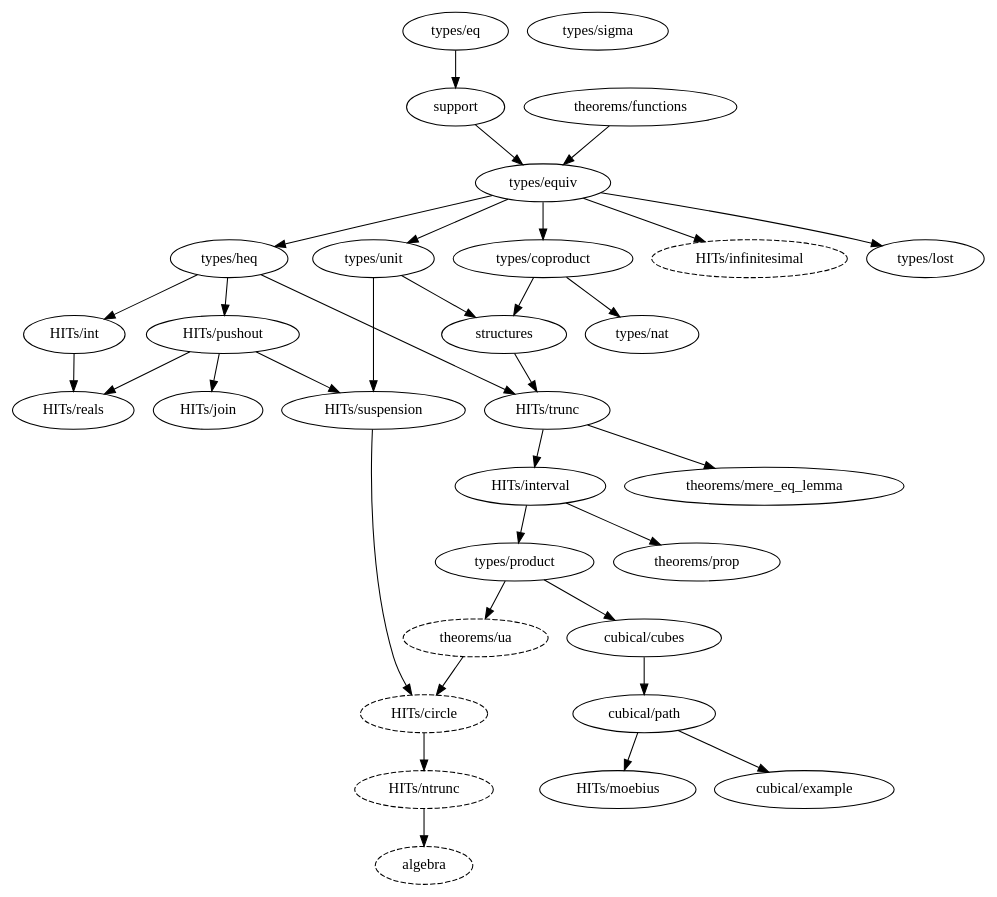
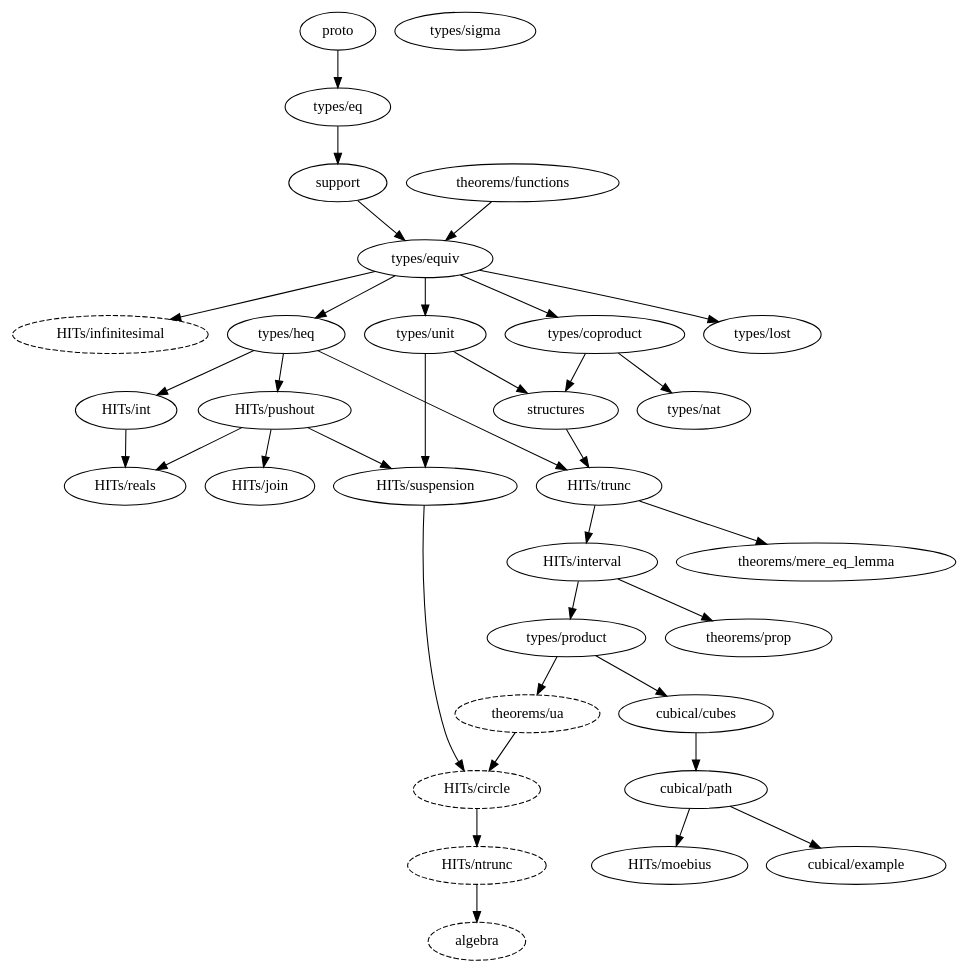
One commit to forked-from-1kasper/ground_zero changed the diagram in dependency_map.gv. Above: the diagram before and after it, drawn with Graphviz. The commit also changed 6 other files, not shown here.

```diff
--- a/dependency_map.gv
+++ b/dependency_map.gv
@@ -1,66 +1,68 @@
 digraph dependency_map {
+  proto -> "types/eq"
+
   algebra [style=dashed]
   "HITs/ntrunc" -> algebra
 
   "HITs/circle" [style=dashed]
   "HITs/suspension" -> "HITs/circle"
   "theorems/ua" -> "HITs/circle"
 
   "HITs/infinitesimal" [style=dashed]
   "types/equiv" -> "HITs/infinitesimal"
 
   "types/equiv" -> "types/coproduct"
 
   "types/product" -> "cubical/cubes"
   "cubical/cubes" -> "cubical/path"
   "cubical/path" -> "cubical/example"
 
   "types/equiv" -> "types/heq"
 
   support -> "types/equiv"
   "theorems/functions" -> "types/equiv"
 
   "types/heq" -> "HITs/int"
 
   "HITs/trunc" -> "HITs/interval"
 
   "HITs/pushout" -> "HITs/join"
 
   "cubical/path" -> "HITs/moebius"
 
   "HITs/trunc" -> "theorems/mere_eq_lemma"
 
   "HITs/ntrunc" [style=dashed]
   "HITs/circle" -> "HITs/ntrunc"
 
   "HITs/interval" -> "types/product"
 
   "HITs/interval" -> "theorems/prop"
 
   "types/heq" -> "HITs/pushout"
 
   "HITs/pushout" -> "HITs/reals"
   "HITs/int" -> "HITs/reals"
 
   "types/unit" -> structures
   "types/coproduct" -> structures
 
   "types/eq" -> support
 
   "HITs/pushout" -> "HITs/suspension"
   "types/unit" -> "HITs/suspension"
 
   structures -> "HITs/trunc"
   "types/heq" -> "HITs/trunc"
 
   "theorems/ua" [style=dashed]
   "types/product" -> "theorems/ua"
 
   "types/equiv" -> "types/unit"
 
   "types/coproduct" -> "types/nat"
 
   "types/equiv" -> "types/lost"
 
   "types/sigma"
 }
```
